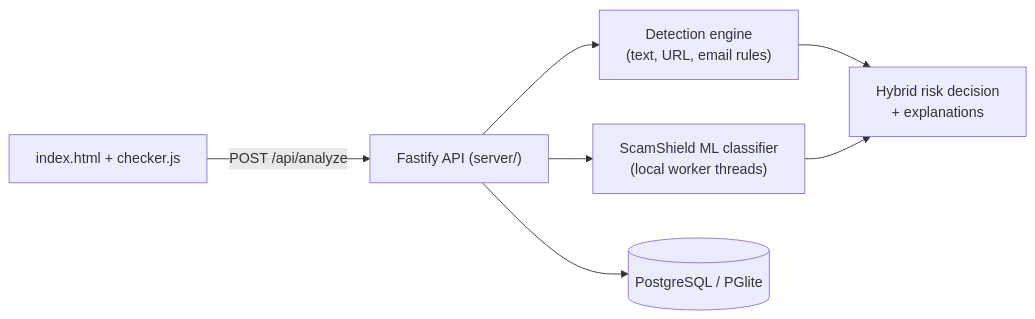
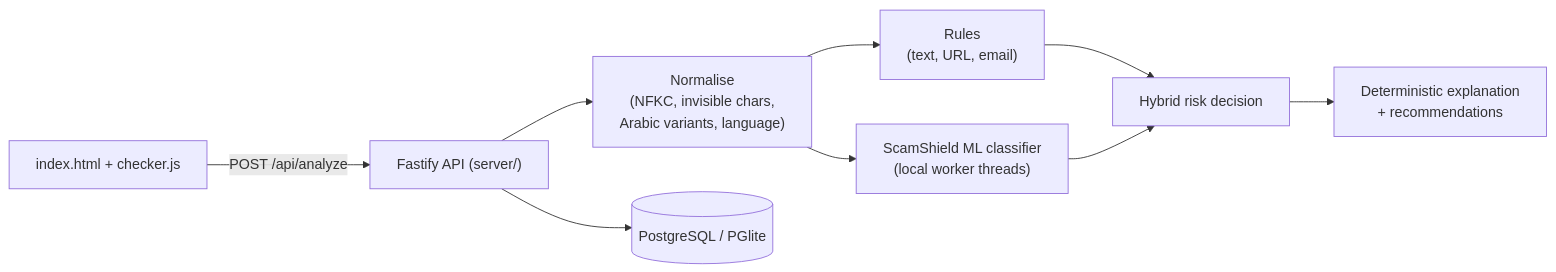
The diagram in README.md (nourelhilo/scam-shield), drawn with Mermaid before and after one commit. The commit also changed other lines of this file and 5 other files, not shown here.

First line of the commit message:
docs: update ScamShield README and environment setup

````diff
--- a/README.md
+++ b/README.md
@@ -28,9 +53,11 @@
 ```mermaid
 flowchart LR
     Page["index.html + checker.js"] -->|POST /api/analyze| API["Fastify API (server/)"]
-    API --> Rules["Detection engine\n(text, URL, email rules)"]
-    API --> ML["ScamShield ML classifier\n(local worker threads)"]
-    Rules --> Hybrid["Hybrid risk decision\n+ explanations"]
+    API --> Norm["Normalise\n(NFKC, invisible chars,\nArabic variants, language)"]
+    Norm --> Rules["Rules\n(text, URL, email)"]
+    Norm --> ML["ScamShield ML classifier\n(local worker threads)"]
+    Rules --> Hybrid["Hybrid risk decision"]
     ML --> Hybrid
+    Hybrid --> Explain["Deterministic explanation\n+ recommendations"]
     API --> DB[("PostgreSQL / PGlite")]
 ```
````
